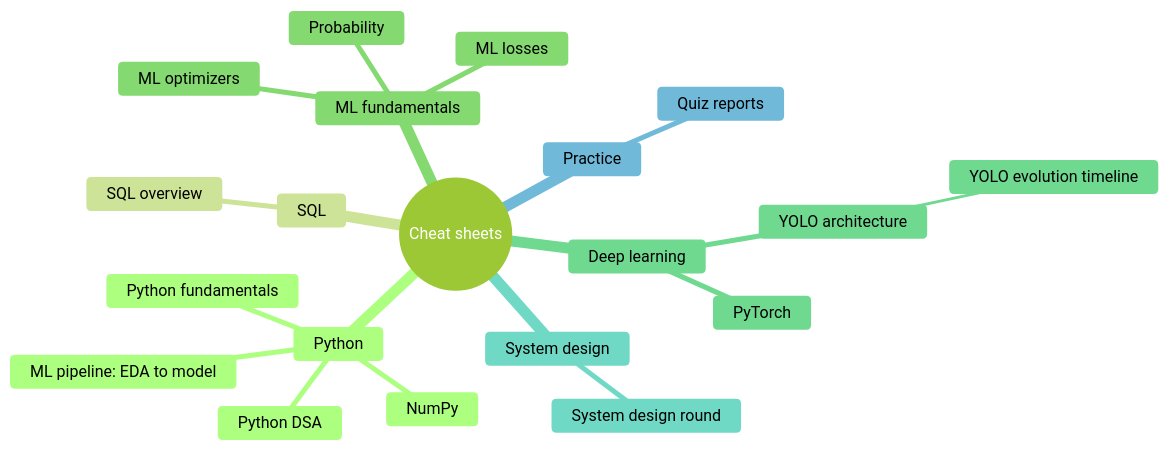
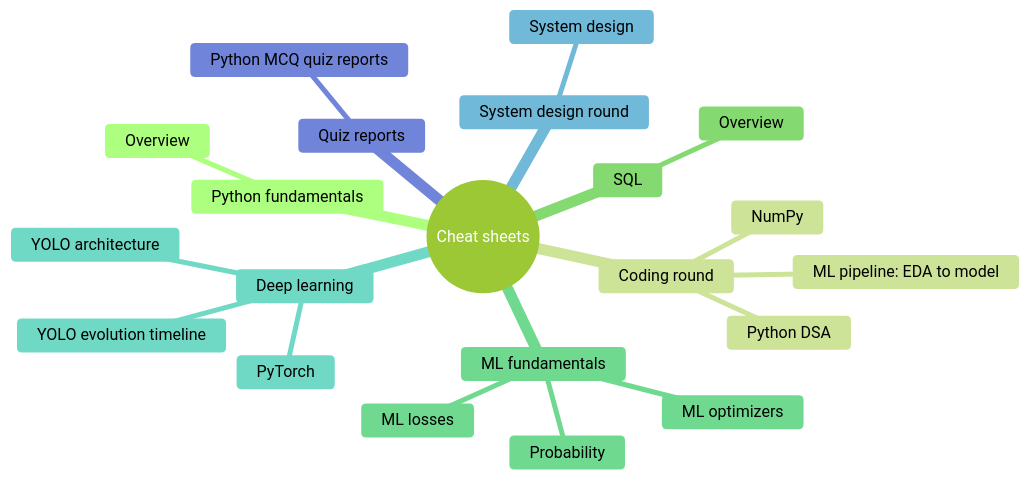
One commit to prateek-mehra/data-science-cheat-sheets changed the diagram in README.md. Above: the diagram before and after it, drawn with Mermaid (forest theme). The commit also changed other lines of this file and 15 other files, not shown here.

````diff
--- a/README.md
+++ b/README.md
@@ -17,23 +18,24 @@
 ```mermaid
 mindmap
   root((Cheat sheets))
-    Python
-      Python fundamentals
+    Python fundamentals
+      Overview
+    Coding round
       Python DSA
       NumPy
       ML pipeline: EDA to model
     SQL
-      SQL overview
+      Overview
     ML fundamentals
       Probability
       ML optimizers
       ML losses
     Deep learning
       PyTorch
       YOLO architecture
-        YOLO evolution timeline
-    System design
-      System design round
-    Practice
-      Quiz reports
+      YOLO evolution timeline
+    System design round
+      System design
+    Quiz reports
+      Python MCQ quiz reports
 ```
````
